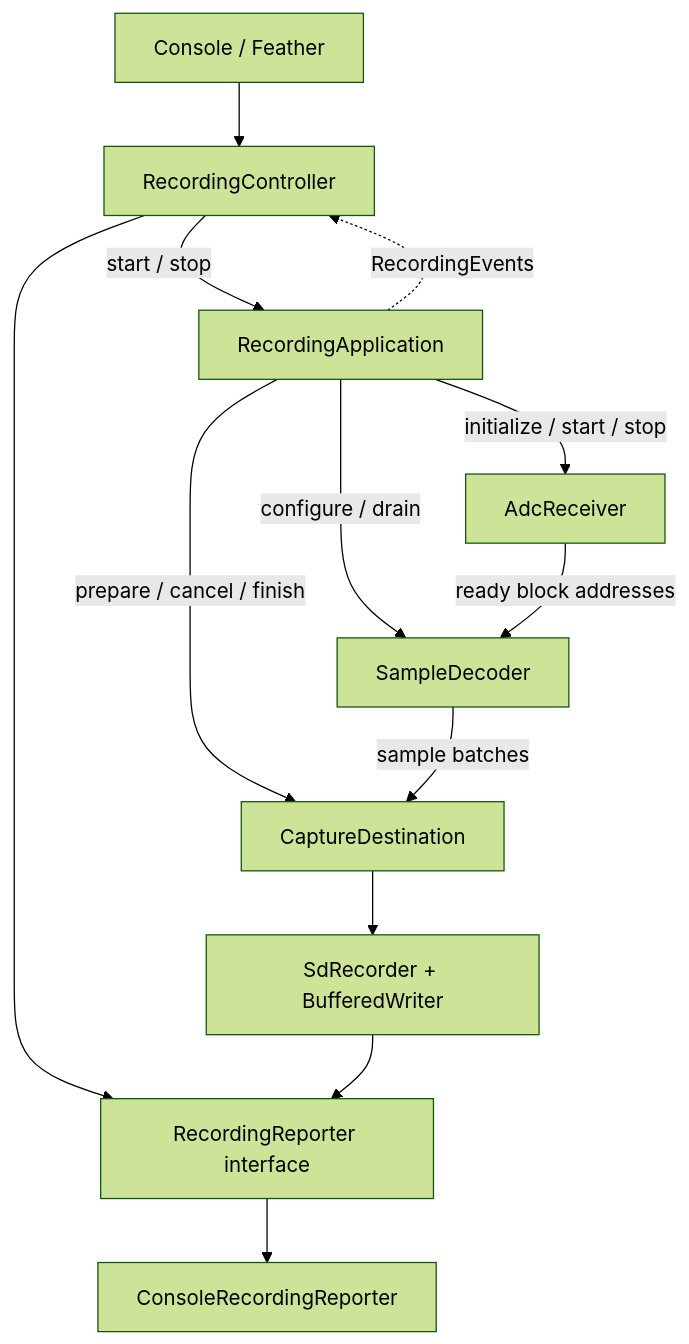
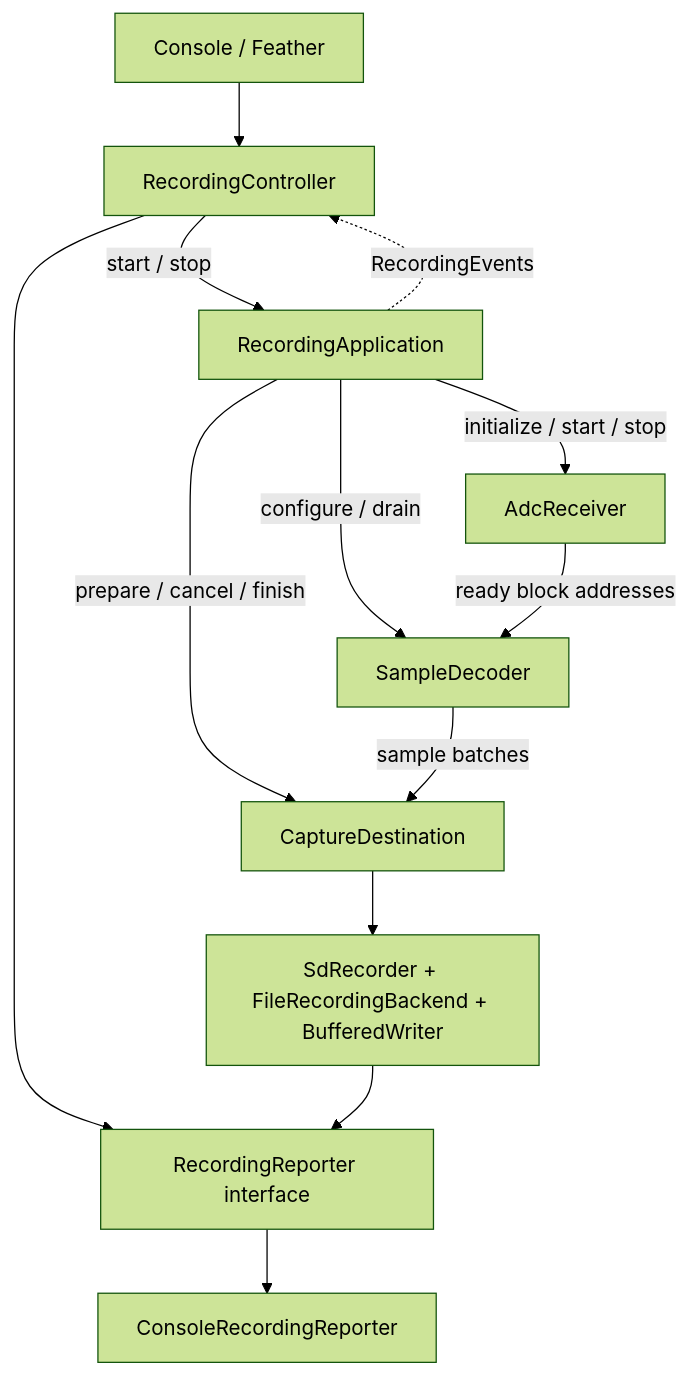
One commit to karlst/esp32Digitizer changed the diagram in docs/RECORDING-CLASSES.md. Above: the diagram before and after it, drawn with Mermaid (forest theme). The commit also changed other lines of this file and 123 other files, not shown here.

````diff
--- a/docs/RECORDING-CLASSES.md
+++ b/docs/RECORDING-CLASSES.md
@@ -24,15 +24,15 @@
 ```mermaid
 flowchart TD
     Input[Console / Feather] --> Controller[RecordingController]
     Controller -->|start / stop| App[RecordingApplication]
     App -->|initialize / start / stop| Receiver[AdcReceiver]
     App -->|configure / drain| Decoder[SampleDecoder]
     App -->|prepare / cancel / finish| Destination[CaptureDestination]
     App -. RecordingEvents .-> Controller
     Controller --> Reporter[RecordingReporter interface]
     Reporter --> Console[ConsoleRecordingReporter]
     Receiver -->|ready block addresses| Decoder
     Decoder -->|sample batches| Destination
-    Destination --> SD[SdRecorder + BufferedWriter]
+    Destination --> SD[SdRecorder + FileRecordingBackend + BufferedWriter]
     SD --> Reporter
 ```
````
